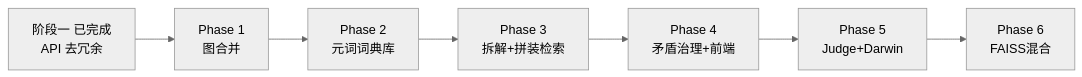
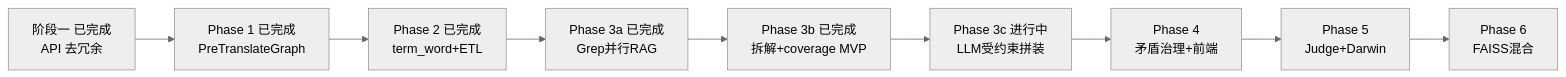
Before and after one commit to deosiree/translationtool: the first of 11 diagrams in .cursor/plans/pretranslategraph_阶段二_886a27fa.plan.md, drawn with Mermaid (neutral theme). The commit also changed other lines of this file and 22 other files, not shown here.

Commit message:
feat(py): phase 3b ：长词条拆解、coverage 门控、decomposed 路径

````diff
--- a/.cursor/plans/pretranslategraph_阶段二_886a27fa.plan.md
+++ b/.cursor/plans/pretranslategraph_阶段二_886a27fa.plan.md
@@ -35,11 +68,13 @@
 ```mermaid
 flowchart LR
   P0["阶段一 已完成<br/>API 去冗余"]
-  P1["Phase 1<br/>图合并"]
-  P2["Phase 2<br/>元词词典库"]
-  P3["Phase 3<br/>拆解+拼装检索"]
+  P1["Phase 1 已完成<br/>PreTranslateGraph"]
+  P2["Phase 2 已完成<br/>term_word+ETL"]
+  P3a["Phase 3a 已完成<br/>Grep并行RAG"]
+  P3b["Phase 3b 已完成<br/>拆解+coverage MVP"]
+  P3c["Phase 3c 进行中<br/>LLM受约束拼装"]
   P4["Phase 4<br/>矛盾治理+前端"]
   P5["Phase 5<br/>Judge+Darwin"]
   P6["Phase 6<br/>FAISS混合"]
-  P0 --> P1 --> P2 --> P3 --> P4 --> P5 --> P6
+  P0 --> P1 --> P2 --> P3a --> P3b --> P3c --> P4 --> P5 --> P6
 ```
````
